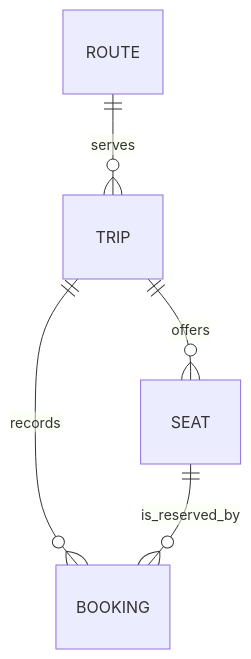
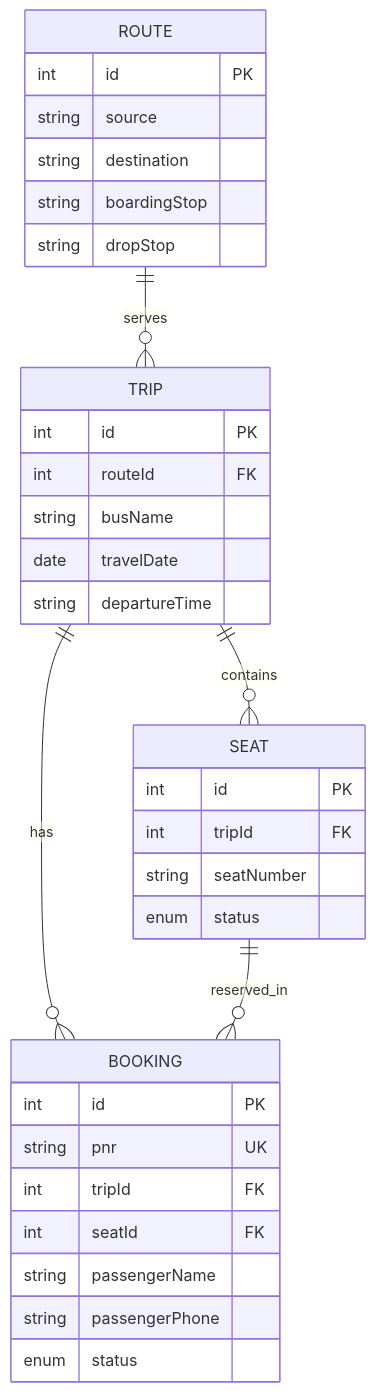
Before and after one commit to uday2327/AlgionsAI-Bus-tracking-route-devops-project: the third of 4 diagrams in ARCHITECTURE.md, drawn with Mermaid. The commit also changed other lines of this file and 2 other files, not shown here.

Commit message:
docs: expand project architecture and operations guide

````diff
--- a/ARCHITECTURE.md
+++ b/ARCHITECTURE.md
@@ -14,7 +88,36 @@
-```mermaid
+~~~mermaid
 erDiagram
-  ROUTE ||--o{ TRIP : serves
-  TRIP ||--o{ SEAT : offers
-  TRIP ||--o{ BOOKING : records
-  SEAT ||--o{ BOOKING : is_reserved_by
-```
+    ROUTE ||--o{ TRIP : serves
+    TRIP ||--o{ SEAT : contains
+    TRIP ||--o{ BOOKING : has
+    SEAT ||--o{ BOOKING : reserved_in
+    ROUTE {
+      int id PK
+      string source
+      string destination
+      string boardingStop
+      string dropStop
+    }
+    TRIP {
+      int id PK
+      int routeId FK
+      string busName
+      date travelDate
+      string departureTime
+    }
+    SEAT {
+      int id PK
+      int tripId FK
+      string seatNumber
+      enum status
+    }
+    BOOKING {
+      int id PK
+      string pnr UK
+      int tripId FK
+      int seatId FK
+      string passengerName
+      string passengerPhone
+      enum status
+    }
+~~~
````
